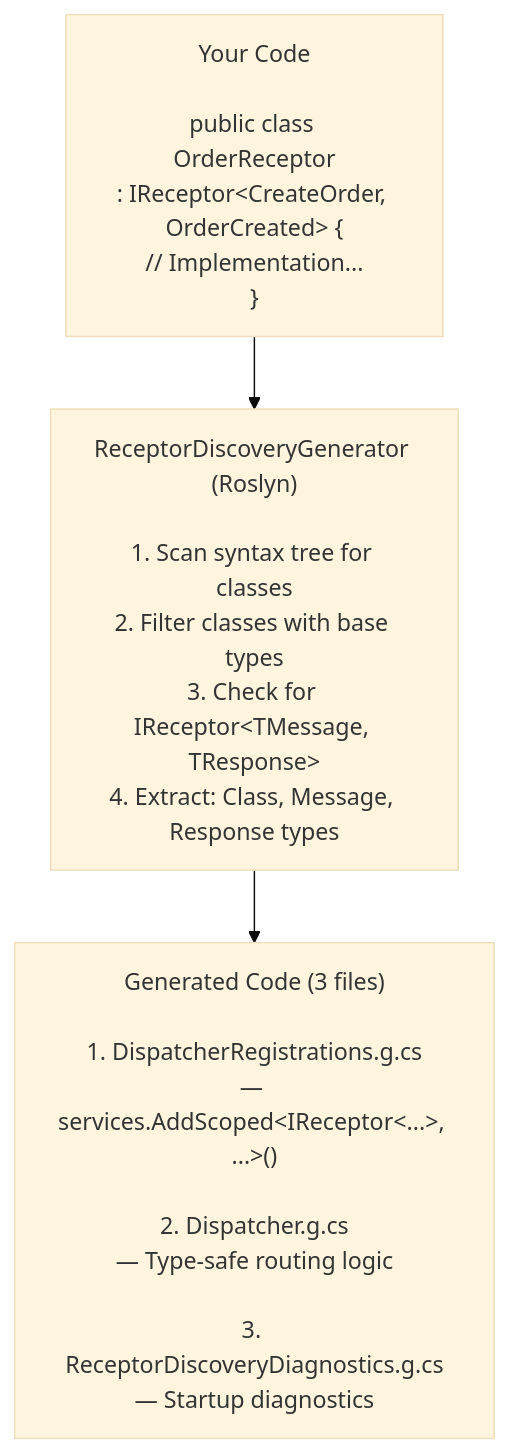
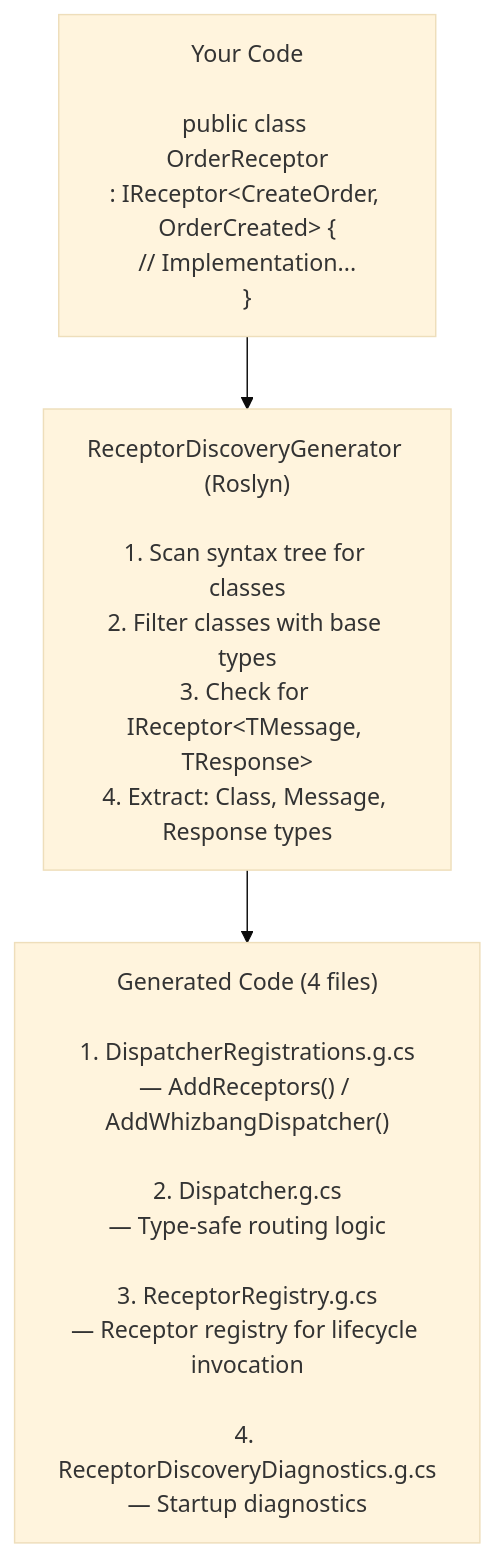
One commit to whizbang-lib/whizbang-lib.github.io changed the diagram in src/assets/docs/v1.0.0/extending/source-generators/receptor-discovery.md. Above: the diagram before and after it, drawn with Mermaid (base theme). The commit also changed other lines of this file and 6 other files, not shown here.

````diff
--- a/src/assets/docs/v1.0.0/extending/source-generators/receptor-discovery.md
+++ b/src/assets/docs/v1.0.0/extending/source-generators/receptor-discovery.md
@@ -55,13 +65,13 @@
 ```mermaid
 flowchart TD
     Code["Your Code<br/><br/>public class OrderReceptor<br/>: IReceptor&lt;CreateOrder, OrderCreated&gt; {<br/>// Implementation...<br/>}"]
     Generator["ReceptorDiscoveryGenerator (Roslyn)<br/><br/>1. Scan syntax tree for classes<br/>2. Filter classes with base types<br/>3. Check for IReceptor&lt;TMessage, TResponse&gt;<br/>4. Extract: Class, Message, Response types"]
-    Generated["Generated Code (3 files)<br/><br/>1. DispatcherRegistrations.g.cs<br/>— services.AddScoped&lt;IReceptor&lt;...&gt;, ...&gt;()<br/><br/>2. Dispatcher.g.cs<br/>— Type-safe routing logic<br/><br/>3. ReceptorDiscoveryDiagnostics.g.cs<br/>— Startup diagnostics"]
+    Generated["Generated Code (4 files)<br/><br/>1. DispatcherRegistrations.g.cs<br/>— AddReceptors() / AddWhizbangDispatcher()<br/><br/>2. Dispatcher.g.cs<br/>— Type-safe routing logic<br/><br/>3. ReceptorRegistry.g.cs<br/>— Receptor registry for lifecycle invocation<br/><br/>4. ReceptorDiscoveryDiagnostics.g.cs<br/>— Startup diagnostics"]
 
     Code --> Generator
     Generator --> Generated
 
     class Code layer-core
     class Generator layer-infrastructure
     class Generated layer-core
 ```
````
